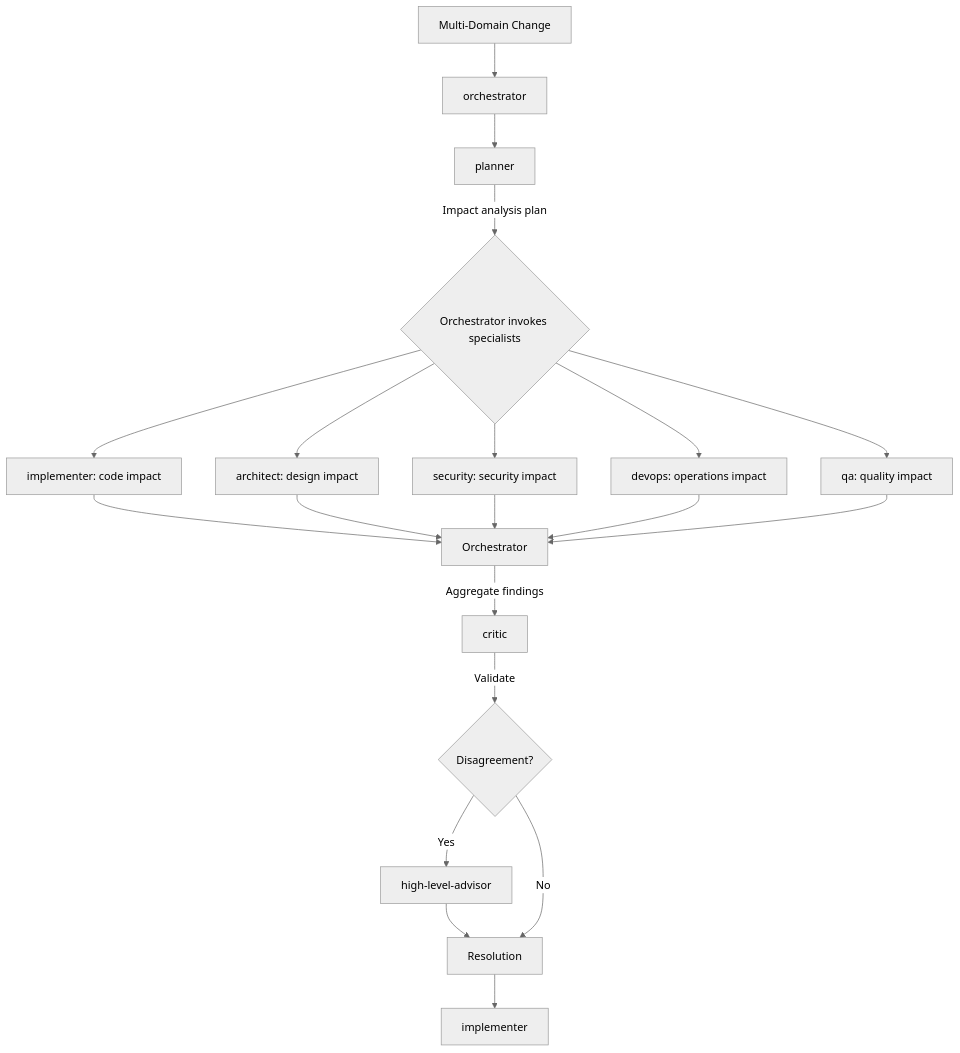
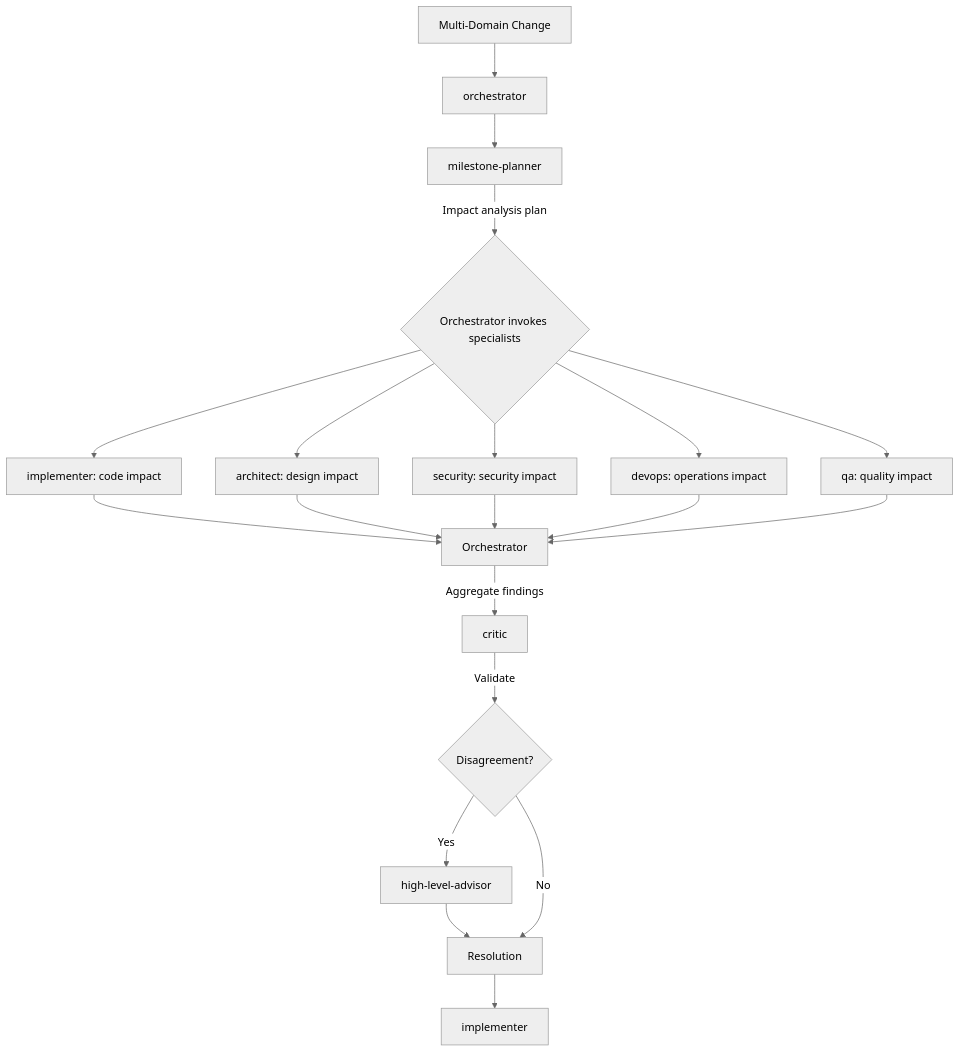
Before and after one commit to rjmurillo/ai-agents: the eighth of 10 diagrams in .agents/AGENT-SYSTEM.md, drawn with Mermaid (neutral theme). The commit also changed other lines of this file and 159 other files, not shown here.

````diff
--- a/.agents/AGENT-SYSTEM.md
+++ b/.agents/AGENT-SYSTEM.md
@@ -921,18 +921,18 @@
 ```mermaid
 flowchart TD
     A[Multi-Domain Change] --> B[orchestrator]
-    B --> C[planner]
+    B --> C[milestone-planner]
     C -->|Impact analysis plan| D{Orchestrator invokes specialists}
     D --> E[implementer: code impact]
     D --> F[architect: design impact]
     D --> G[security: security impact]
     D --> H[devops: operations impact]
     D --> I[qa: quality impact]
     E & F & G & H & I --> J[Orchestrator]
     J -->|Aggregate findings| K[critic]
     K -->|Validate| L{Disagreement?}
     L -->|Yes| M[high-level-advisor]
     M --> N[Resolution]
     L -->|No| N
     N --> O[implementer]
 ```
````
